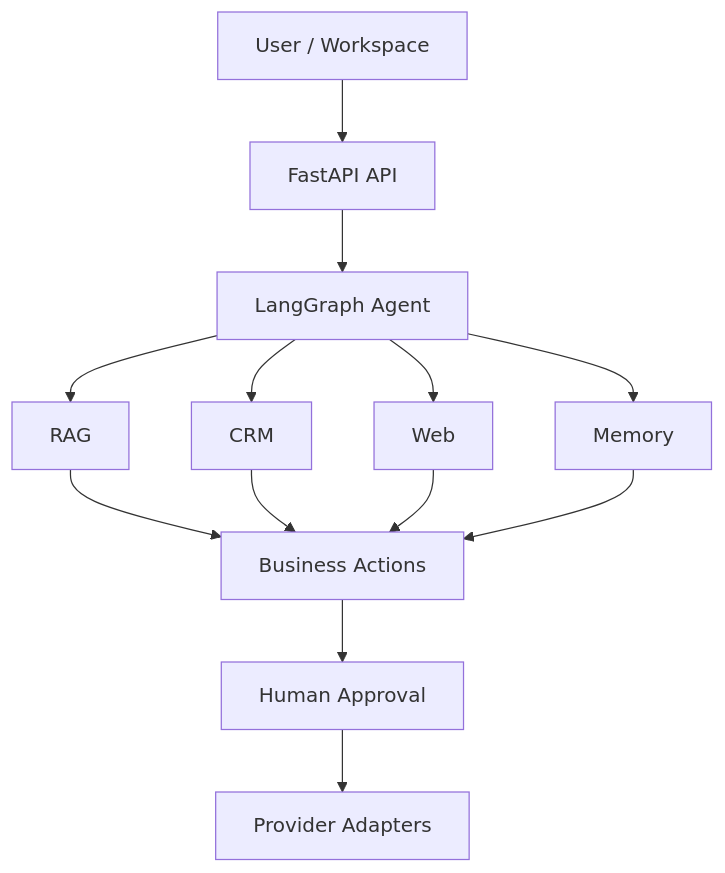
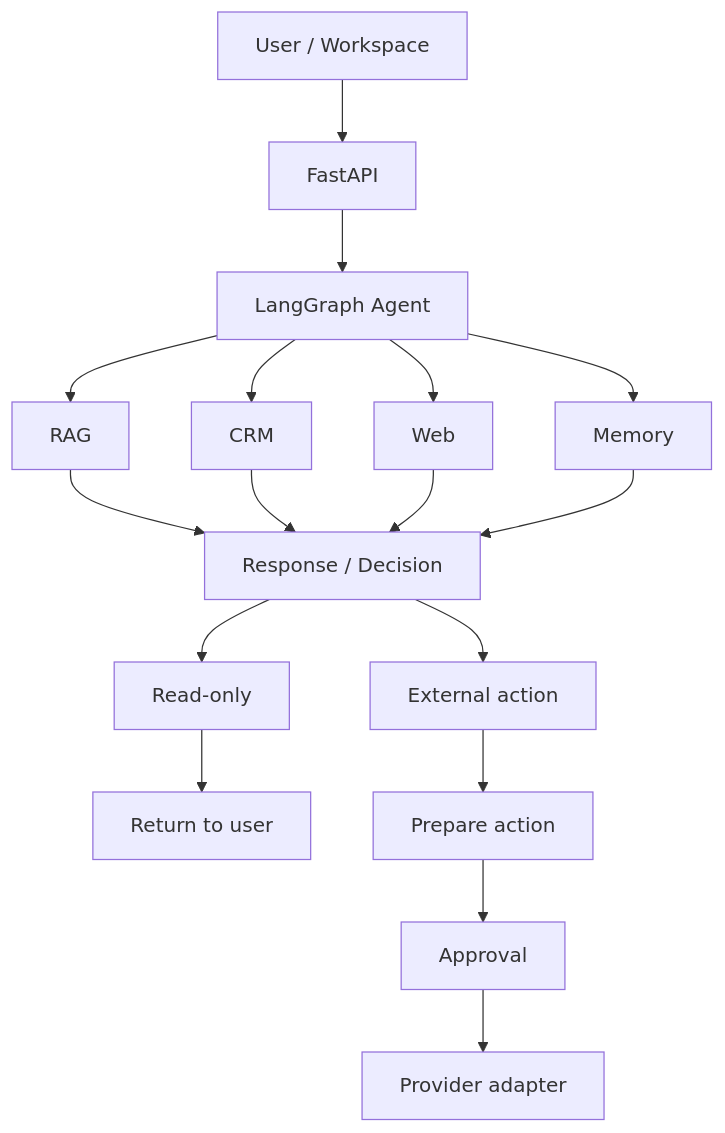
The diagram in docs/portfolio/ARCHITECTURE_OVERVIEW.md (Fejjii/OnePilot-AI), drawn with Mermaid before and after one commit. The commit also changed other lines of this file and 2 other files, not shown here.

Commit message:
docs: show read-only vs approval-gated paths in architecture diagrams
Split high-level README and recruiter architecture diagrams so RAG, CRM,
web, and memory reads return without HITL. Approval is only shown when
an external side effect is prepared.

````diff
--- a/docs/portfolio/ARCHITECTURE_OVERVIEW.md
+++ b/docs/portfolio/ARCHITECTURE_OVERVIEW.md
@@ -31,18 +35,23 @@
 ```mermaid
 flowchart TB
-    User["User / Workspace"] --> API["FastAPI API"]
+    User["User / Workspace"] --> API["FastAPI"]
     API --> Agent["LangGraph Agent"]
 
     Agent --> RAG["RAG"]
     Agent --> CRM["CRM"]
     Agent --> Web["Web"]
     Agent --> Mem["Memory"]
 
-    RAG --> Actions["Business Actions"]
-    CRM --> Actions
-    Web --> Actions
-    Mem --> Actions
+    RAG --> Decide["Response / Decision"]
+    CRM --> Decide
+    Web --> Decide
+    Mem --> Decide
 
-    Actions --> HITL["Human Approval"]
-    HITL --> Adapters["Provider Adapters"]
+    Decide --> Read["Read-only"]
+    Decide --> Ext["External action"]
+
+    Read --> Return["Return to user"]
+    Ext --> Prep["Prepare action"]
+    Prep --> HITL["Approval"]
+    HITL --> Adapter["Provider adapter"]
 ```
````
